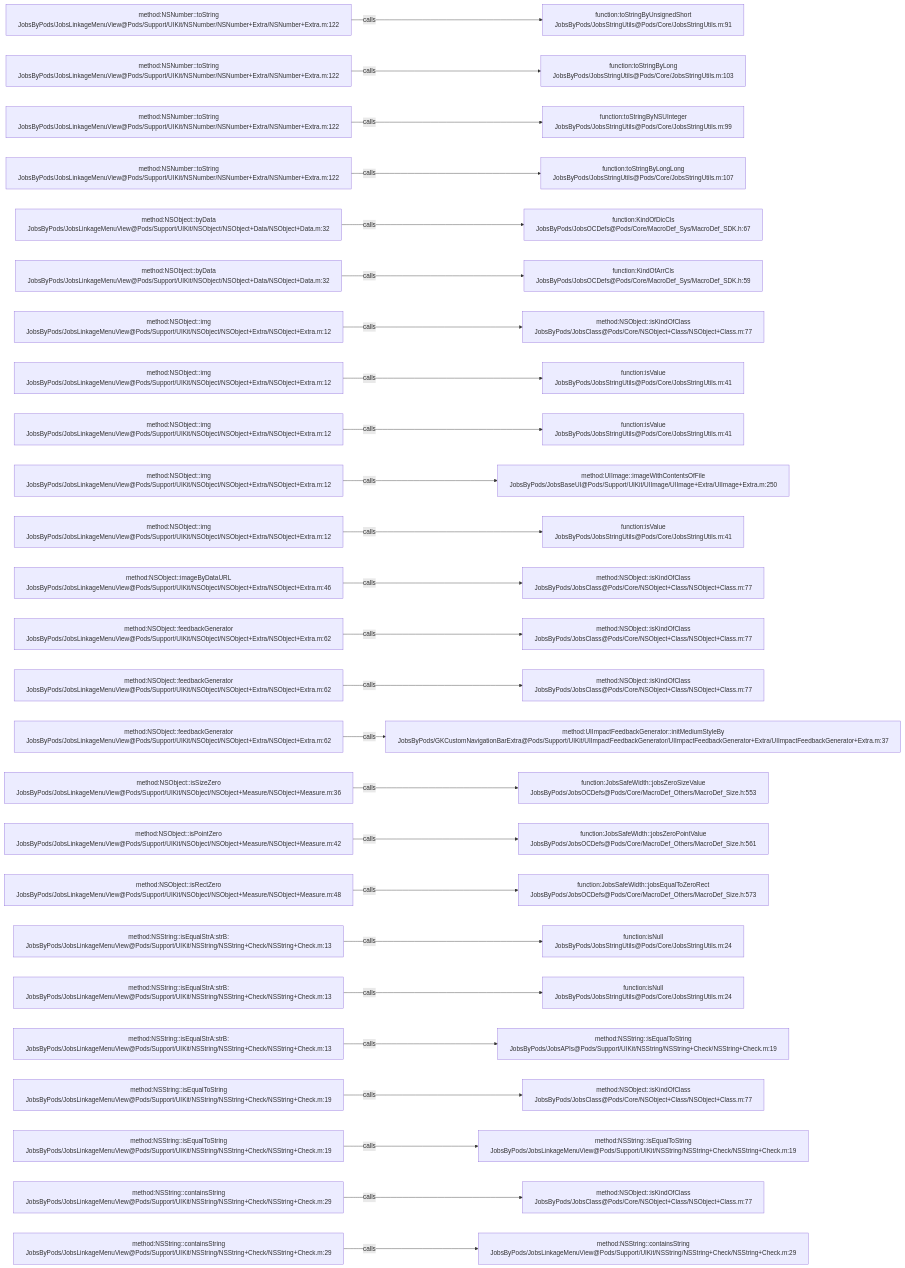
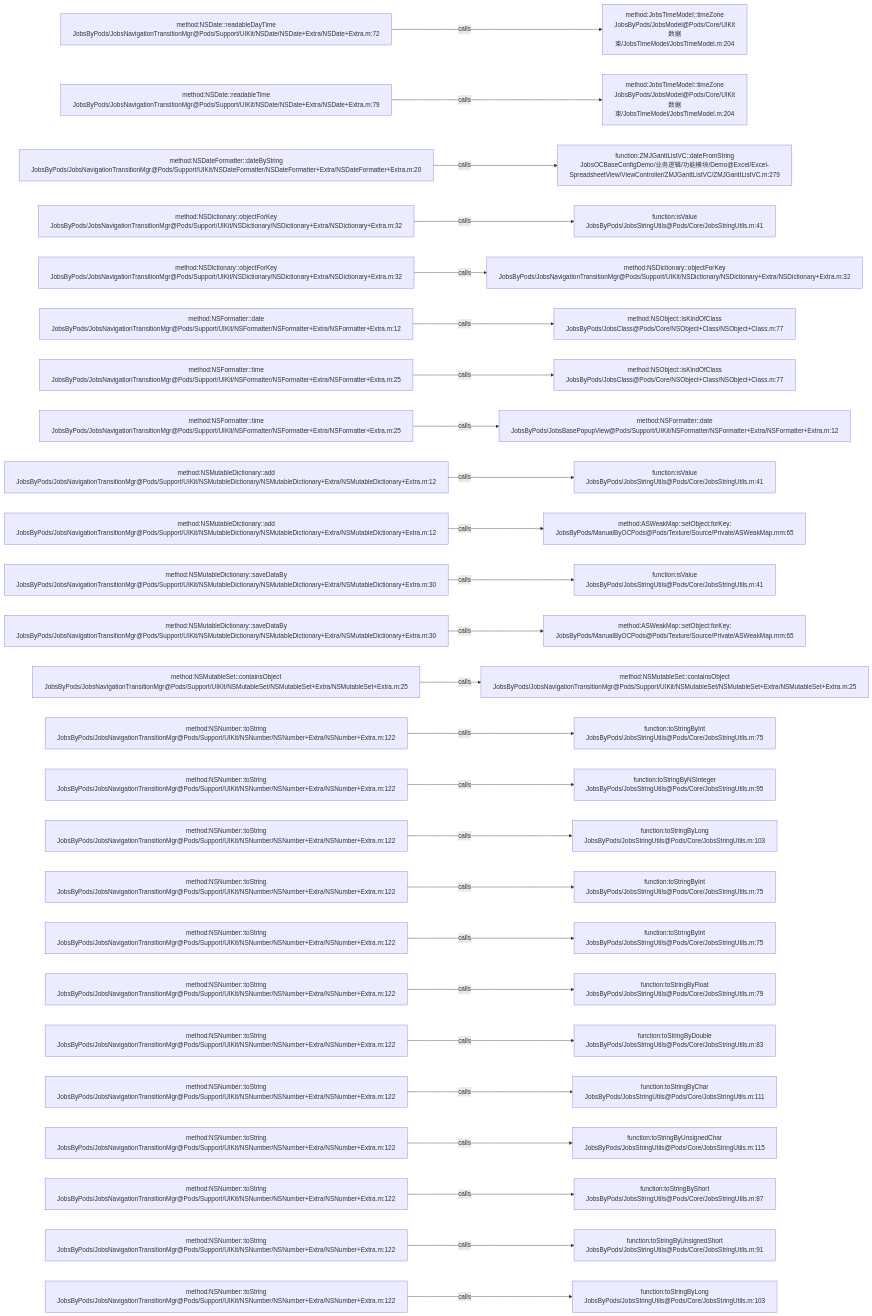
One commit to JobsKits/JobsOCBaseConfigDemo changed the diagram in .codegraph/codegraph.md/graphs/calls-129.md. Above: the diagram before and after it, drawn with Mermaid. The commit also changed 1026 other files, not shown here.

````diff
--- a/.codegraph/codegraph.md/graphs/calls-129.md
+++ b/.codegraph/codegraph.md/graphs/calls-129.md
@@ -13,78 +13,78 @@
 ```mermaid
 flowchart LR
-  S1["method:NSNumber::toString<br/>JobsByPods/JobsLinkageMenuView@Pods/Support/UIKit/NSNumber/NSNumber+Extra/NSNumber+Extra.m:122"]
-  T1["function:toStringByUnsignedShort<br/>JobsByPods/JobsStringUtils@Pods/Core/JobsStringUtils.m:91"]
+  S1["method:NSDate::readableDayTime<br/>JobsByPods/JobsNavigationTransitionMgr@Pods/Support/UIKit/NSDate/NSDate+Extra/NSDate+Extra.m:72"]
+  T1["method:JobsTimeModel::timeZone<br/>JobsByPods/JobsModel@Pods/Core/UIKit数据束/JobsTimeModel/JobsTimeModel.m:204"]
   S1 -->|calls| T1
-  S2["method:NSNumber::toString<br/>JobsByPods/JobsLinkageMenuView@Pods/Support/UIKit/NSNumber/NSNumber+Extra/NSNumber+Extra.m:122"]
-  T2["function:toStringByLong<br/>JobsByPods/JobsStringUtils@Pods/Core/JobsStringUtils.m:103"]
+  S2["method:NSDate::readableTime<br/>JobsByPods/JobsNavigationTransitionMgr@Pods/Support/UIKit/NSDate/NSDate+Extra/NSDate+Extra.m:79"]
+  T2["method:JobsTimeModel::timeZone<br/>JobsByPods/JobsModel@Pods/Core/UIKit数据束/JobsTimeModel/JobsTimeModel.m:204"]
   S2 -->|calls| T2
-  S3["method:NSNumber::toString<br/>JobsByPods/JobsLinkageMenuView@Pods/Support/UIKit/NSNumber/NSNumber+Extra/NSNumber+Extra.m:122"]
-  T3["function:toStringByNSUInteger<br/>JobsByPods/JobsStringUtils@Pods/Core/JobsStringUtils.m:99"]
+  S3["method:NSDateFormatter::dateByString<br/>JobsByPods/JobsNavigationTransitionMgr@Pods/Support/UIKit/NSDateFormatter/NSDateFormatter+Extra/NSDateFormatter+Extra.m:20"]
+  T3["function:ZMJGanttListVC::dateFromString<br/>JobsOCBaseConfigDemo/业务逻辑/功能模块/Demo@Excel/Excel-SpreadsheetView/ViewController/ZMJGanttListVC/ZMJGanttListVC.m:279"]
   S3 -->|calls| T3
-  S4["method:NSNumber::toString<br/>JobsByPods/JobsLinkageMenuView@Pods/Support/UIKit/NSNumber/NSNumber+Extra/NSNumber+Extra.m:122"]
-  T4["function:toStringByLongLong<br/>JobsByPods/JobsStringUtils@Pods/Core/JobsStringUtils.m:107"]
+  S4["method:NSDictionary::objectForKey<br/>JobsByPods/JobsNavigationTransitionMgr@Pods/Support/UIKit/NSDictionary/NSDictionary+Extra/NSDictionary+Extra.m:32"]
+  T4["function:isValue<br/>JobsByPods/JobsStringUtils@Pods/Core/JobsStringUtils.m:41"]
   S4 -->|calls| T4
-  S5["method:NSObject::byData<br/>JobsByPods/JobsLinkageMenuView@Pods/Support/UIKit/NSObject/NSObject+Data/NSObject+Data.m:32"]
-  T5["function:KindOfDicCls<br/>JobsByPods/JobsOCDefs@Pods/Core/MacroDef_Sys/MacroDef_SDK.h:67"]
+  S5["method:NSDictionary::objectForKey<br/>JobsByPods/JobsNavigationTransitionMgr@Pods/Support/UIKit/NSDictionary/NSDictionary+Extra/NSDictionary+Extra.m:32"]
+  T5["method:NSDictionary::objectForKey<br/>JobsByPods/JobsNavigationTransitionMgr@Pods/Support/UIKit/NSDictionary/NSDictionary+Extra/NSDictionary+Extra.m:32"]
   S5 -->|calls| T5
-  S6["method:NSObject::byData<br/>JobsByPods/JobsLinkageMenuView@Pods/Support/UIKit/NSObject/NSObject+Data/NSObject+Data.m:32"]
-  T6["function:KindOfArrCls<br/>JobsByPods/JobsOCDefs@Pods/Core/MacroDef_Sys/MacroDef_SDK.h:59"]
+  S6["method:NSFormatter::date<br/>JobsByPods/JobsNavigationTransitionMgr@Pods/Support/UIKit/NSFormatter/NSFormatter+Extra/NSFormatter+Extra.m:12"]
+  T6["method:NSObject::isKindOfClass<br/>JobsByPods/JobsClass@Pods/Core/NSObject+Class/NSObject+Class.m:77"]
   S6 -->|calls| T6
-  S7["method:NSObject::img<br/>JobsByPods/JobsLinkageMenuView@Pods/Support/UIKit/NSObject/NSObject+Extra/NSObject+Extra.m:12"]
+  S7["method:NSFormatter::time<br/>JobsByPods/JobsNavigationTransitionMgr@Pods/Support/UIKit/NSFormatter/NSFormatter+Extra/NSFormatter+Extra.m:25"]
   T7["method:NSObject::isKindOfClass<br/>JobsByPods/JobsClass@Pods/Core/NSObject+Class/NSObject+Class.m:77"]
   S7 -->|calls| T7
-  S8["method:NSObject::img<br/>JobsByPods/JobsLinkageMenuView@Pods/Support/UIKit/NSObject/NSObject+Extra/NSObject+Extra.m:12"]
-  T8["function:isValue<br/>JobsByPods/JobsStringUtils@Pods/Core/JobsStringUtils.m:41"]
+  S8["method:NSFormatter::time<br/>JobsByPods/JobsNavigationTransitionMgr@Pods/Support/UIKit/NSFormatter/NSFormatter+Extra/NSFormatter+Extra.m:25"]
+  T8["method:NSFormatter::date<br/>JobsByPods/JobsBasePopupView@Pods/Support/UIKit/NSFormatter/NSFormatter+Extra/NSFormatter+Extra.m:12"]
   S8 -->|calls| T8
-  S9["method:NSObject::img<br/>JobsByPods/JobsLinkageMenuView@Pods/Support/UIKit/NSObject/NSObject+Extra/NSObject+Extra.m:12"]
+  S9["method:NSMutableDictionary::add<br/>JobsByPods/JobsNavigationTransitionMgr@Pods/Support/UIKit/NSMutableDictionary/NSMutableDictionary+Extra/NSMutableDictionary+Extra.m:12"]
   T9["function:isValue<br/>JobsByPods/JobsStringUtils@Pods/Core/JobsStringUtils.m:41"]
   S9 -->|calls| T9
-  S10["method:NSObject::img<br/>JobsByPods/JobsLinkageMenuView@Pods/Support/UIKit/NSObject/NSObject+Extra/NSObject+Extra.m:12"]
-  T10["method:UIImage::imageWithContentsOfFile<br/>JobsByPods/JobsBaseUI@Pods/Support/UIKit/UIImage/UIImage+Extra/UIImage+Extra.m:250"]
+  S10["method:NSMutableDictionary::add<br/>JobsByPods/JobsNavigationTransitionMgr@Pods/Support/UIKit/NSMutableDictionary/NSMutableDictionary+Extra/NSMutableDictionary+Extra.m:12"]
+  T10["method:ASWeakMap::setObject:forKey:<br/>JobsByPods/ManualByOCPods@Pods/Texture/Source/Private/ASWeakMap.mm:65"]
   S10 -->|calls| T10
-  S11["method:NSObject::img<br/>JobsByPods/JobsLinkageMenuView@Pods/Support/UIKit/NSObject/NSObject+Extra/NSObject+Extra.m:12"]
+  S11["method:NSMutableDictionary::saveDataBy<br/>JobsByPods/JobsNavigationTransitionMgr@Pods/Support/UIKit/NSMutableDictionary/NSMutableDictionary+Extra/NSMutableDictionary+Extra.m:30"]
   T11["function:isValue<br/>JobsByPods/JobsStringUtils@Pods/Core/JobsStringUtils.m:41"]
   S11 -->|calls| T11
-  S12["method:NSObject::imageByDataURL<br/>JobsByPods/JobsLinkageMenuView@Pods/Support/UIKit/NSObject/NSObject+Extra/NSObject+Extra.m:46"]
-  T12["method:NSObject::isKindOfClass<br/>JobsByPods/JobsClass@Pods/Core/NSObject+Class/NSObject+Class.m:77"]
+  S12["method:NSMutableDictionary::saveDataBy<br/>JobsByPods/JobsNavigationTransitionMgr@Pods/Support/UIKit/NSMutableDictionary/NSMutableDictionary+Extra/NSMutableDictionary+Extra.m:30"]
+  T12["method:ASWeakMap::setObject:forKey:<br/>JobsByPods/ManualByOCPods@Pods/Texture/Source/Private/ASWeakMap.mm:65"]
   S12 -->|calls| T12
-  S13["method:NSObject::feedbackGenerator<br/>JobsByPods/JobsLinkageMenuView@Pods/Support/UIKit/NSObject/NSObject+Extra/NSObject+Extra.m:62"]
-  T13["method:NSObject::isKindOfClass<br/>JobsByPods/JobsClass@Pods/Core/NSObject+Class/NSObject+Class.m:77"]
+  S13["method:NSMutableSet::containsObject<br/>JobsByPods/JobsNavigationTransitionMgr@Pods/Support/UIKit/NSMutableSet/NSMutableSet+Extra/NSMutableSet+Extra.m:25"]
+  T13["method:NSMutableSet::containsObject<br/>JobsByPods/JobsNavigationTransitionMgr@Pods/Support/UIKit/NSMutableSet/NSMutableSet+Extra/NSMutableSet+Extra.m:25"]
   S13 -->|calls| T13
-  S14["method:NSObject::feedbackGenerator<br/>JobsByPods/JobsLinkageMenuView@Pods/Support/UIKit/NSObject/NSObject+Extra/NSObject+Extra.m:62"]
-  T14["method:NSObject::isKindOfClass<br/>JobsByPods/JobsClass@Pods/Core/NSObject+Class/NSObject+Class.m:77"]
+  S14["method:NSNumber::toString<br/>JobsByPods/JobsNavigationTransitionMgr@Pods/Support/UIKit/NSNumber/NSNumber+Extra/NSNumber+Extra.m:122"]
+  T14["function:toStringByInt<br/>JobsByPods/JobsStringUtils@Pods/Core/JobsStringUtils.m:75"]
   S14 -->|calls| T14
-  S15["method:NSObject::feedbackGenerator<br/>JobsByPods/JobsLinkageMenuView@Pods/Support/UIKit/NSObject/NSObject+Extra/NSObject+Extra.m:62"]
-  T15["method:UIImpactFeedbackGenerator::initMediumStyleBy<br/>JobsByPods/GKCustomNavigationBarExtra@Pods/Support/UIKit/UIImpactFeedbackGenerator/UIImpactFeedbackGenerator+Extra/UIImpactFeedbackGenerator+Extra.m:37"]
+  S15["method:NSNumber::toString<br/>JobsByPods/JobsNavigationTransitionMgr@Pods/Support/UIKit/NSNumber/NSNumber+Extra/NSNumber+Extra.m:122"]
+  T15["function:toStringByNSInteger<br/>JobsByPods/JobsStringUtils@Pods/Core/JobsStringUtils.m:95"]
   S15 -->|calls| T15
-  S16["method:NSObject::isSizeZero<br/>JobsByPods/JobsLinkageMenuView@Pods/Support/UIKit/NSObject/NSObject+Measure/NSObject+Measure.m:36"]
-  T16["function:JobsSafeWidth::jobsZeroSizeValue<br/>JobsByPods/JobsOCDefs@Pods/Core/MacroDef_Others/MacroDef_Size.h:553"]
+  S16["method:NSNumber::toString<br/>JobsByPods/JobsNavigationTransitionMgr@Pods/Support/UIKit/NSNumber/NSNumber+Extra/NSNumber+Extra.m:122"]
+  T16["function:toStringByLong<br/>JobsByPods/JobsStringUtils@Pods/Core/JobsStringUtils.m:103"]
   S16 -->|calls| T16
-  S17["method:NSObject::isPointZero<br/>JobsByPods/JobsLinkageMenuView@Pods/Support/UIKit/NSObject/NSObject+Measure/NSObject+Measure.m:42"]
-  T17["function:JobsSafeWidth::jobsZeroPointValue<br/>JobsByPods/JobsOCDefs@Pods/Core/MacroDef_Others/MacroDef_Size.h:561"]
+  S17["method:NSNumber::toString<br/>JobsByPods/JobsNavigationTransitionMgr@Pods/Support/UIKit/NSNumber/NSNumber+Extra/NSNumber+Extra.m:122"]
+  T17["function:toStringByInt<br/>JobsByPods/JobsStringUtils@Pods/Core/JobsStringUtils.m:75"]
   S17 -->|calls| T17
-  S18["method:NSObject::isRectZero<br/>JobsByPods/JobsLinkageMenuView@Pods/Support/UIKit/NSObject/NSObject+Measure/NSObject+Measure.m:48"]
-  T18["function:JobsSafeWidth::jobsEqualToZeroRect<br/>JobsByPods/JobsOCDefs@Pods/Core/MacroDef_Others/MacroDef_Size.h:573"]
+  S18["method:NSNumber::toString<br/>JobsByPods/JobsNavigationTransitionMgr@Pods/Support/UIKit/NSNumber/NSNumber+Extra/NSNumber+Extra.m:122"]
+  T18["function:toStringByInt<br/>JobsByPods/JobsStringUtils@Pods/Core/JobsStringUtils.m:75"]
   S18 -->|calls| T18
-  S19["method:NSString::isEqualStrA:strB:<br/>JobsByPods/JobsLinkageMenuView@Pods/Support/UIKit/NSString/NSString+Check/NSString+Check.m:13"]
-  T19["function:isNull<br/>JobsByPods/JobsStringUtils@Pods/Core/JobsStringUtils.m:24"]
+  S19["method:NSNumber::toString<br/>JobsByPods/JobsNavigationTransitionMgr@Pods/Support/UIKit/NSNumber/NSNumber+Extra/NSNumber+Extra.m:122"]
+  T19["function:toStringByFloat<br/>JobsByPods/JobsStringUtils@Pods/Core/JobsStringUtils.m:79"]
   S19 -->|calls| T19
-  S20["method:NSString::isEqualStrA:strB:<br/>JobsByPods/JobsLinkageMenuView@Pods/Support/UIKit/NSString/NSString+Check/NSString+Check.m:13"]
-  T20["function:isNull<br/>JobsByPods/JobsStringUtils@Pods/Core/JobsStringUtils.m:24"]
+  S20["method:NSNumber::toString<br/>JobsByPods/JobsNavigationTransitionMgr@Pods/Support/UIKit/NSNumber/NSNumber+Extra/NSNumber+Extra.m:122"]
+  T20["function:toStringByDouble<br/>JobsByPods/JobsStringUtils@Pods/Core/JobsStringUtils.m:83"]
   S20 -->|calls| T20
-  S21["method:NSString::isEqualStrA:strB:<br/>JobsByPods/JobsLinkageMenuView@Pods/Support/UIKit/NSString/NSString+Check/NSString+Check.m:13"]
-  T21["method:NSString::isEqualToString<br/>JobsByPods/JobsAPIs@Pods/Support/UIKit/NSString/NSString+Check/NSString+Check.m:19"]
+  S21["method:NSNumber::toString<br/>JobsByPods/JobsNavigationTransitionMgr@Pods/Support/UIKit/NSNumber/NSNumber+Extra/NSNumber+Extra.m:122"]
+  T21["function:toStringByChar<br/>JobsByPods/JobsStringUtils@Pods/Core/JobsStringUtils.m:111"]
   S21 -->|calls| T21
-  S22["method:NSString::isEqualToString<br/>JobsByPods/JobsLinkageMenuView@Pods/Support/UIKit/NSString/NSString+Check/NSString+Check.m:19"]
-  T22["method:NSObject::isKindOfClass<br/>JobsByPods/JobsClass@Pods/Core/NSObject+Class/NSObject+Class.m:77"]
+  S22["method:NSNumber::toString<br/>JobsByPods/JobsNavigationTransitionMgr@Pods/Support/UIKit/NSNumber/NSNumber+Extra/NSNumber+Extra.m:122"]
+  T22["function:toStringByUnsignedChar<br/>JobsByPods/JobsStringUtils@Pods/Core/JobsStringUtils.m:115"]
   S22 -->|calls| T22
-  S23["method:NSString::isEqualToString<br/>JobsByPods/JobsLinkageMenuView@Pods/Support/UIKit/NSString/NSString+Check/NSString+Check.m:19"]
-  T23["method:NSString::isEqualToString<br/>JobsByPods/JobsLinkageMenuView@Pods/Support/UIKit/NSString/NSString+Check/NSString+Check.m:19"]
+  S23["method:NSNumber::toString<br/>JobsByPods/JobsNavigationTransitionMgr@Pods/Support/UIKit/NSNumber/NSNumber+Extra/NSNumber+Extra.m:122"]
+  T23["function:toStringByShort<br/>JobsByPods/JobsStringUtils@Pods/Core/JobsStringUtils.m:87"]
   S23 -->|calls| T23
-  S24["method:NSString::containsString<br/>JobsByPods/JobsLinkageMenuView@Pods/Support/UIKit/NSString/NSString+Check/NSString+Check.m:29"]
-  T24["method:NSObject::isKindOfClass<br/>JobsByPods/JobsClass@Pods/Core/NSObject+Class/NSObject+Class.m:77"]
+  S24["method:NSNumber::toString<br/>JobsByPods/JobsNavigationTransitionMgr@Pods/Support/UIKit/NSNumber/NSNumber+Extra/NSNumber+Extra.m:122"]
+  T24["function:toStringByUnsignedShort<br/>JobsByPods/JobsStringUtils@Pods/Core/JobsStringUtils.m:91"]
   S24 -->|calls| T24
-  S25["method:NSString::containsString<br/>JobsByPods/JobsLinkageMenuView@Pods/Support/UIKit/NSString/NSString+Check/NSString+Check.m:29"]
-  T25["method:NSString::containsString<br/>JobsByPods/JobsLinkageMenuView@Pods/Support/UIKit/NSString/NSString+Check/NSString+Check.m:29"]
+  S25["method:NSNumber::toString<br/>JobsByPods/JobsNavigationTransitionMgr@Pods/Support/UIKit/NSNumber/NSNumber+Extra/NSNumber+Extra.m:122"]
+  T25["function:toStringByLong<br/>JobsByPods/JobsStringUtils@Pods/Core/JobsStringUtils.m:103"]
   S25 -->|calls| T25
 ```
````
